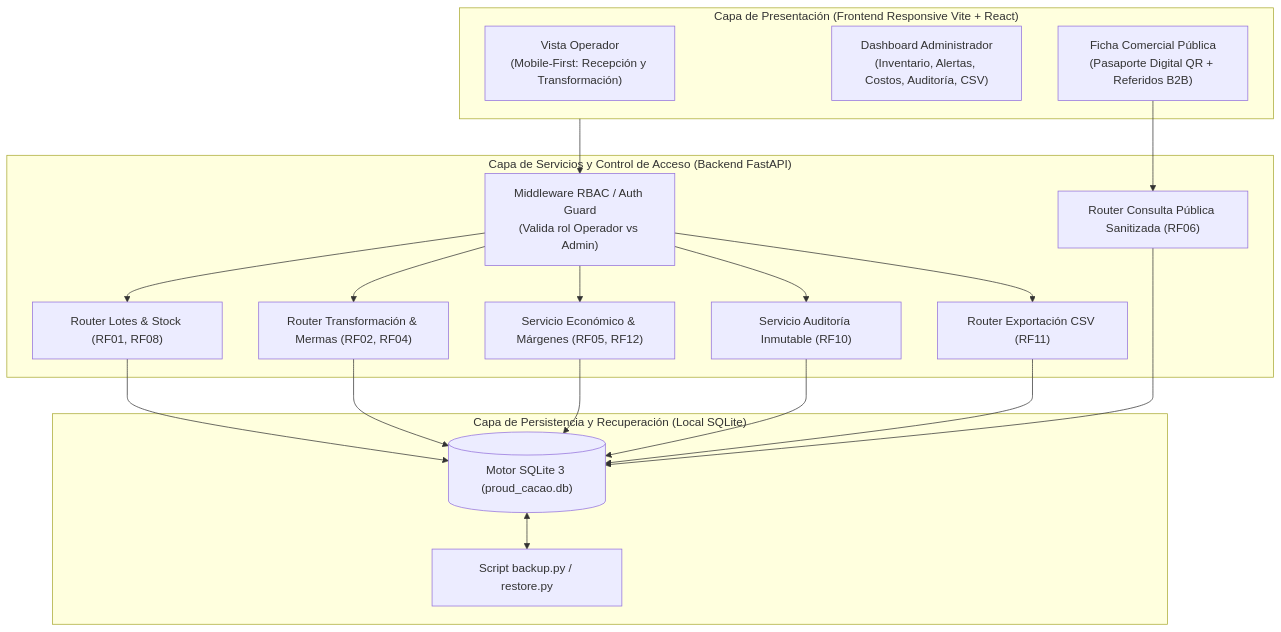
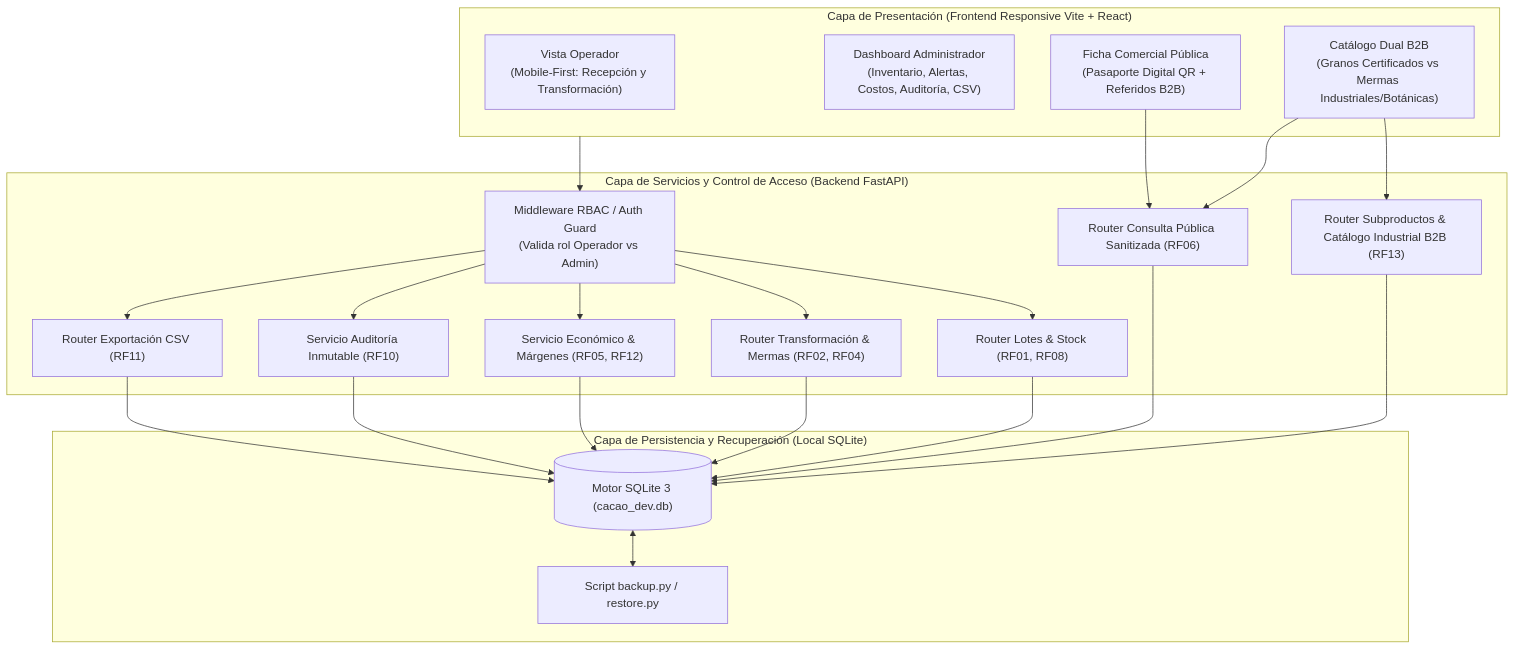
One commit to TheKelex/TrazaCao changed the second of 3 diagrams in documentos/E03_diseno.md. Above: the diagram before and after it, drawn with Mermaid. The commit also changed other lines of this file and 6 other files, not shown here.

````diff
--- a/documentos/E03_diseno.md
+++ b/documentos/E03_diseno.md
@@ -47,39 +54,44 @@
 ```mermaid
 flowchart TB
     subgraph UI["Capa de Presentación (Frontend Responsive Vite + React)"]
         V_OP["Vista Operador\n(Mobile-First: Recepción y Transformación)"]
         V_ADM["Dashboard Administrador\n(Inventario, Alertas, Costos, Auditoría, CSV)"]
         V_PUB["Ficha Comercial Pública\n(Pasaporte Digital QR + Referidos B2B)"]
+        V_CAT["Catálogo Dual B2B\n(Granos Certificados vs Mermas Industriales/Botánicas)"]
     end
 
     subgraph API["Capa de Servicios y Control de Acceso (Backend FastAPI)"]
         GUARD["Middleware RBAC / Auth Guard\n(Valida rol Operador vs Admin)"]
         R_LOTES["Router Lotes & Stock (RF01, RF08)"]
         R_TRANS["Router Transformación & Mermas (RF02, RF04)"]
         R_FINAN["Servicio Económico & Márgenes (RF05, RF12)"]
         R_AUDIT["Servicio Auditoría Inmutable (RF10)"]
         R_PUB["Router Consulta Pública Sanitizada (RF06)"]
         R_EXP["Router Exportación CSV (RF11)"]
+        R_SUB["Router Subproductos & Catálogo Industrial B2B (RF13)"]
     end
 
     subgraph DATA["Capa de Persistencia y Recuperación (Local SQLite)"]
-        DB_ENGINE[("Motor SQLite 3 (proud_cacao.db)")]
+        DB_ENGINE[("Motor SQLite 3 (cacao_dev.db)")]
         BACKUP_TOOL["Script backup.py / restore.py"]
     end
 
     UI --> GUARD
     GUARD --> R_LOTES
     GUARD --> R_TRANS
     GUARD --> R_FINAN
     GUARD --> R_AUDIT
     V_PUB --> R_PUB
+    V_CAT --> R_SUB
+    V_CAT --> R_PUB
     GUARD --> R_EXP
 
     R_LOTES --> DB_ENGINE
     R_TRANS --> DB_ENGINE
     R_FINAN --> DB_ENGINE
     R_AUDIT --> DB_ENGINE
     R_PUB --> DB_ENGINE
     R_EXP --> DB_ENGINE
+    R_SUB --> DB_ENGINE
     DB_ENGINE <--> BACKUP_TOOL
 ```
````
